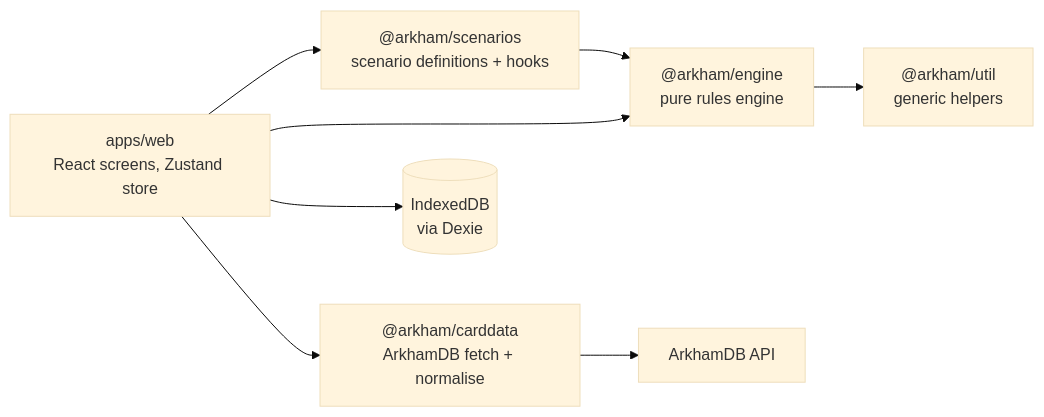
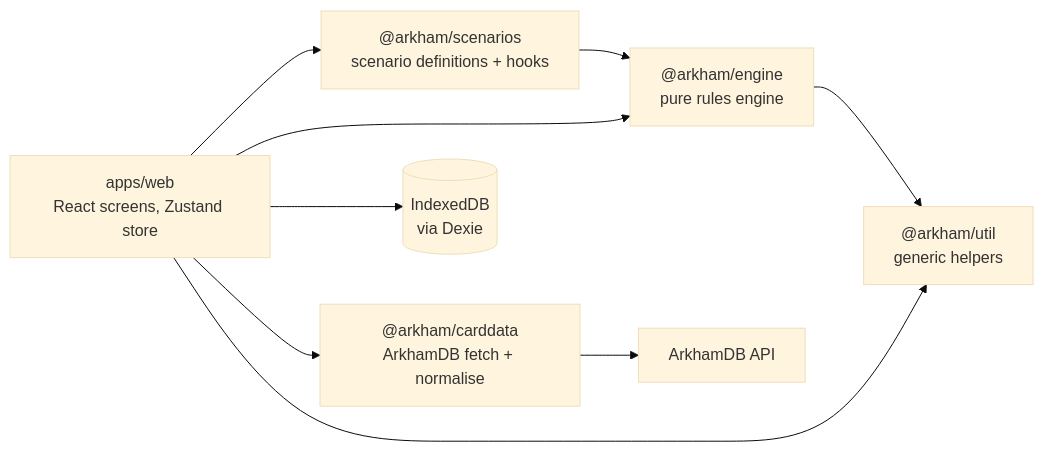
Before and after one commit to macandy13/arkham-companion: the diagram in docs/architecture.md, drawn with Mermaid (base theme). The commit also changed 2 other files, not shown here.

Commit message:
docs(web): show the web app's util dependency; tie SteppedStat to InvestigatorStat (M3.1)
Claude-Session: https://claude.ai/code/session_01S6v9EinXjexSBDbitvnEr6

````diff
--- a/docs/architecture.md
+++ b/docs/architecture.md
@@ -13,15 +13,16 @@
 ```mermaid
 flowchart LR
   WEB["apps/web<br/>React screens, Zustand store"]
   SCN["@arkham/scenarios<br/>scenario definitions + hooks"]
   ENG["@arkham/engine<br/>pure rules engine"]
   CD["@arkham/carddata<br/>ArkhamDB fetch + normalise"]
   UTIL["@arkham/util<br/>generic helpers"]
   IDB[("IndexedDB<br/>via Dexie")]
   ADB["ArkhamDB API"]
   WEB --> SCN --> ENG --> UTIL
   WEB --> ENG
+  WEB --> UTIL
   WEB --> CD
   WEB --> IDB
   CD --> ADB
 ```
````
